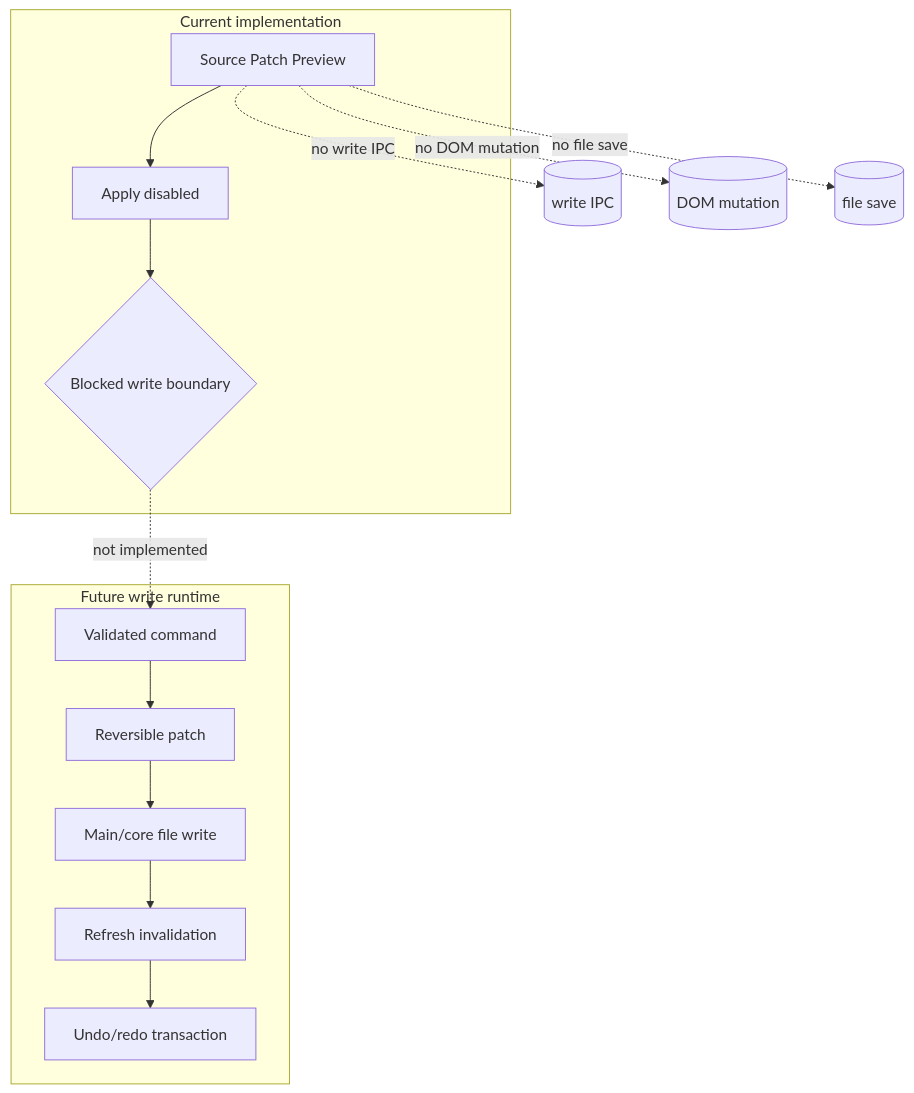
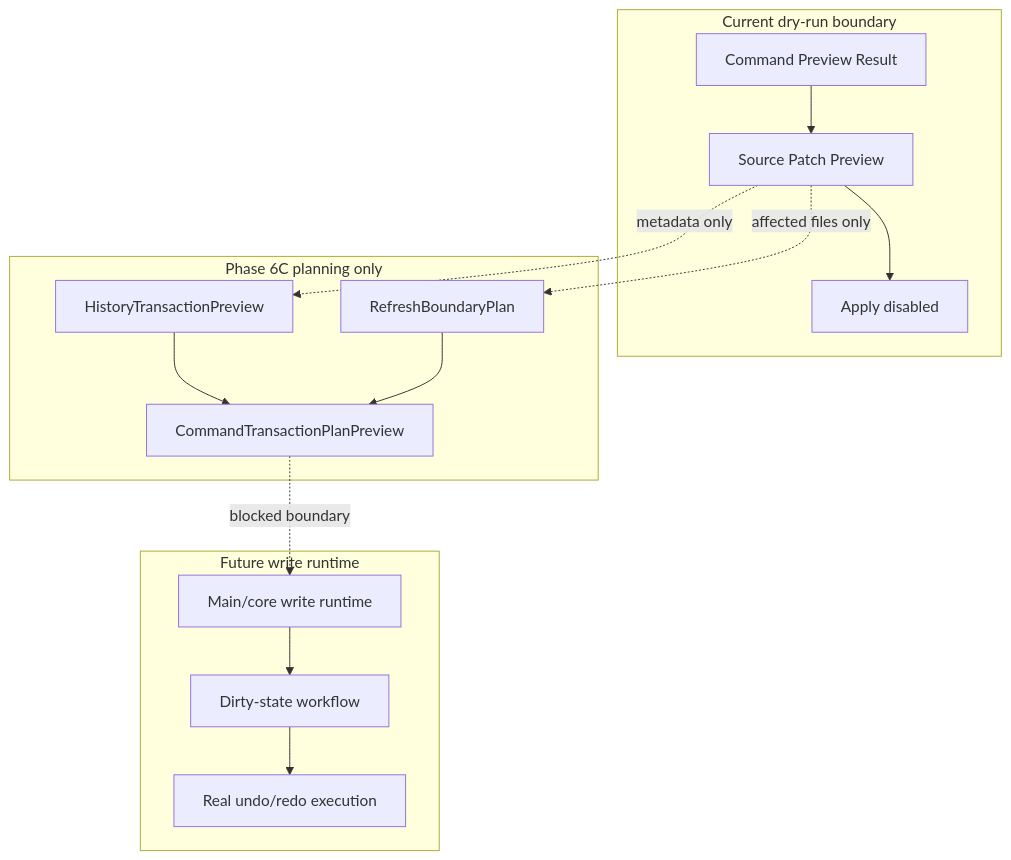
One commit to krestosa/Crystal changed the diagram in docs/architecture/flows/future-write-flow.md. Above: the diagram before and after it, drawn with Mermaid. The commit also changed other lines of this file and 4 other files, not shown here.

Commit message:
Document history refresh foundation

````diff
--- a/docs/architecture/flows/future-write-flow.md
+++ b/docs/architecture/flows/future-write-flow.md
@@ -71,23 +73,28 @@
 ```mermaid
 flowchart TD
-  subgraph Current[Current implementation]
-    Preview[Source Patch Preview]
-    Disabled[Apply disabled]
-    Boundary{Blocked write boundary}
+  subgraph Current[Current dry-run boundary]
+    CommandPreview[Command Preview Result]
+    PatchPreview[Source Patch Preview]
+    ApplyDisabled[Apply disabled]
+  end
+
+  subgraph Phase6C[Phase 6C planning only]
+    HistoryPreview[HistoryTransactionPreview]
+    RefreshPlan[RefreshBoundaryPlan]
+    TransactionPlan[CommandTransactionPlanPreview]
   end
 
   subgraph Future[Future write runtime]
-    Command[Validated command]
-    Patch[Reversible patch]
-    Write[Main/core file write]
-    Refresh[Refresh invalidation]
-    History[Undo/redo transaction]
+    WriteRuntime[Main/core write runtime]
+    DirtyState[Dirty-state workflow]
+    RealHistory[Real undo/redo execution]
   end
 
-  Preview --> Disabled --> Boundary
-  Boundary -. not implemented .-> Command
-  Command --> Patch --> Write --> Refresh --> History
-  Preview -. no write IPC .-> WriteIPC[(write IPC)]
-  Preview -. no DOM mutation .-> DOMMutation[(DOM mutation)]
-  Preview -. no file save .-> FileSave[(file save)]
+  CommandPreview --> PatchPreview --> ApplyDisabled
+  PatchPreview -. metadata only .-> HistoryPreview
+  PatchPreview -. affected files only .-> RefreshPlan
+  HistoryPreview --> TransactionPlan
+  RefreshPlan --> TransactionPlan
+  TransactionPlan -. blocked boundary .-> WriteRuntime
+  WriteRuntime --> DirtyState --> RealHistory
 ```
````
